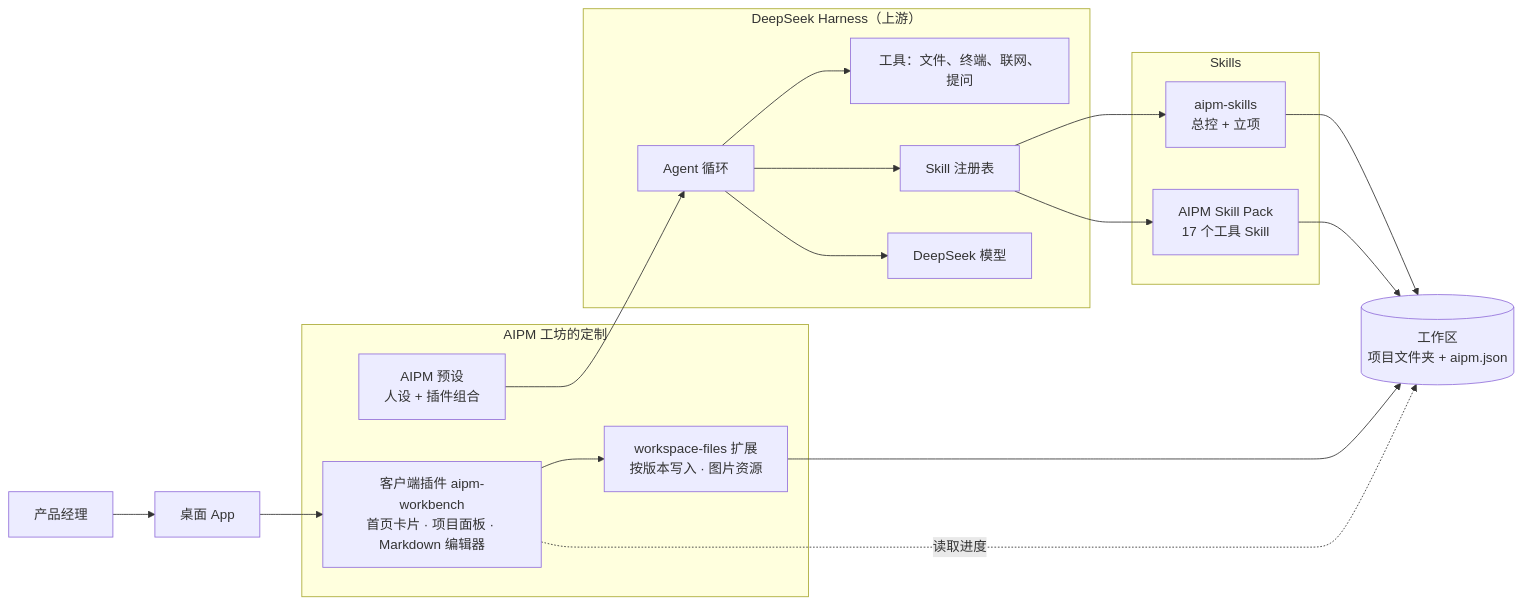
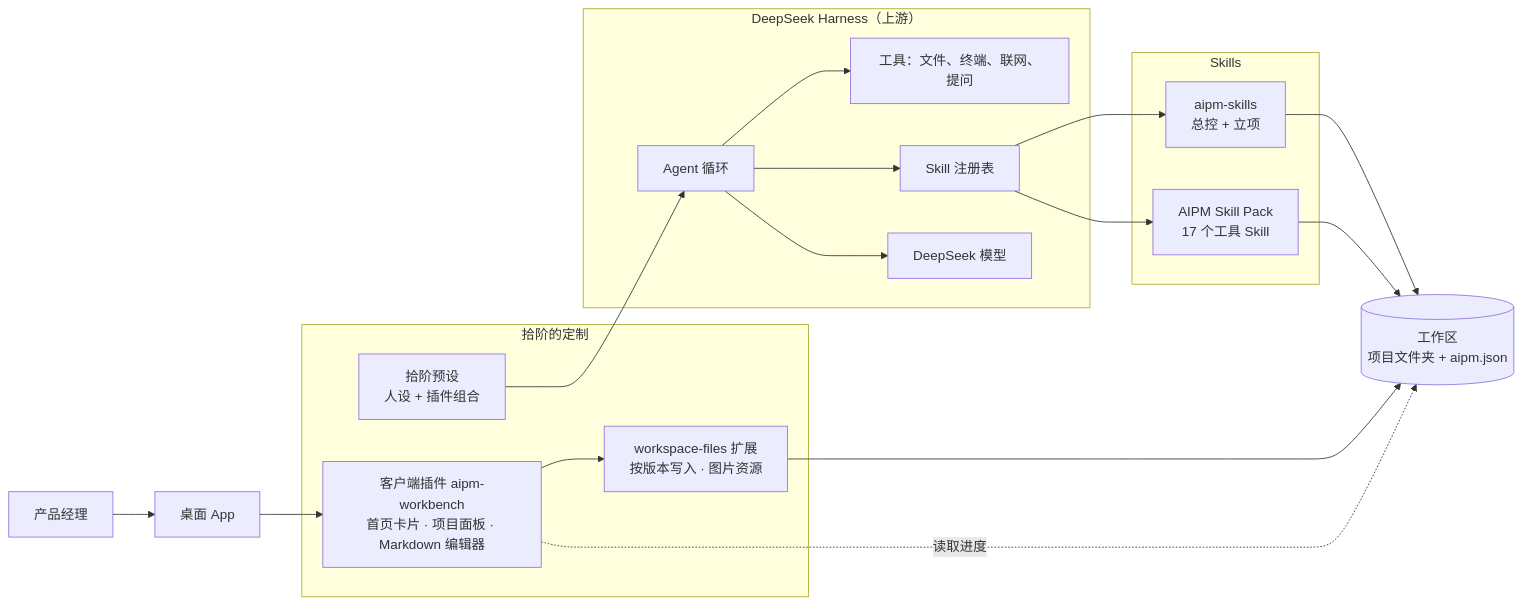
One commit to ZeroOnehub/aipm-workbench changed the diagram in README.md. Above: the diagram before and after it, drawn with Mermaid. The commit also changed other lines of this file and 38 other files, not shown here.

````diff
--- a/README.md
+++ b/README.md
@@ -51,31 +51,31 @@
 ```mermaid
 flowchart LR
   PM[产品经理] --> UI[桌面 App]
 
-  subgraph AIPM[AIPM 工坊的定制]
+  subgraph AIPM[拾阶的定制]
     Client[客户端插件 aipm-workbench<br/>首页卡片 · 项目面板 · Markdown 编辑器]
-    Preset[AIPM 预设<br/>人设 + 插件组合]
+    Preset[拾阶预设<br/>人设 + 插件组合]
     Files[workspace-files 扩展<br/>按版本写入 · 图片资源]
   end
 
   subgraph DSH[DeepSeek Harness（上游）]
     Loop[Agent 循环] --> Tools[工具：文件、终端、联网、提问]
     Loop --> Registry[Skill 注册表]
     Loop --> LLM[DeepSeek 模型]
   end
 
   subgraph Skills[Skills]
     Flow[aipm-skills<br/>总控 + 立项]
     Pack[AIPM Skill Pack<br/>17 个工具 Skill]
   end
 
   UI --> Client
   Client --> Files
   Preset --> Loop
   Registry --> Flow
   Registry --> Pack
   Flow --> WS[(工作区<br/>项目文件夹 + aipm.json)]
   Pack --> WS
   Files --> WS
   Client -. 读取进度 .-> WS
 ```
````
